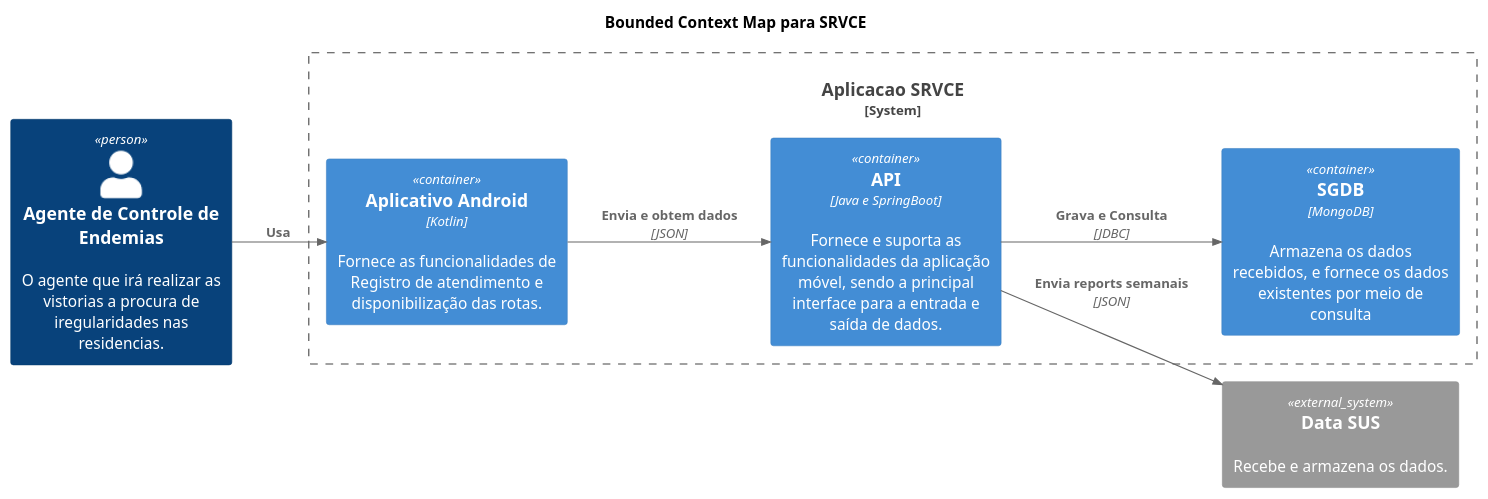
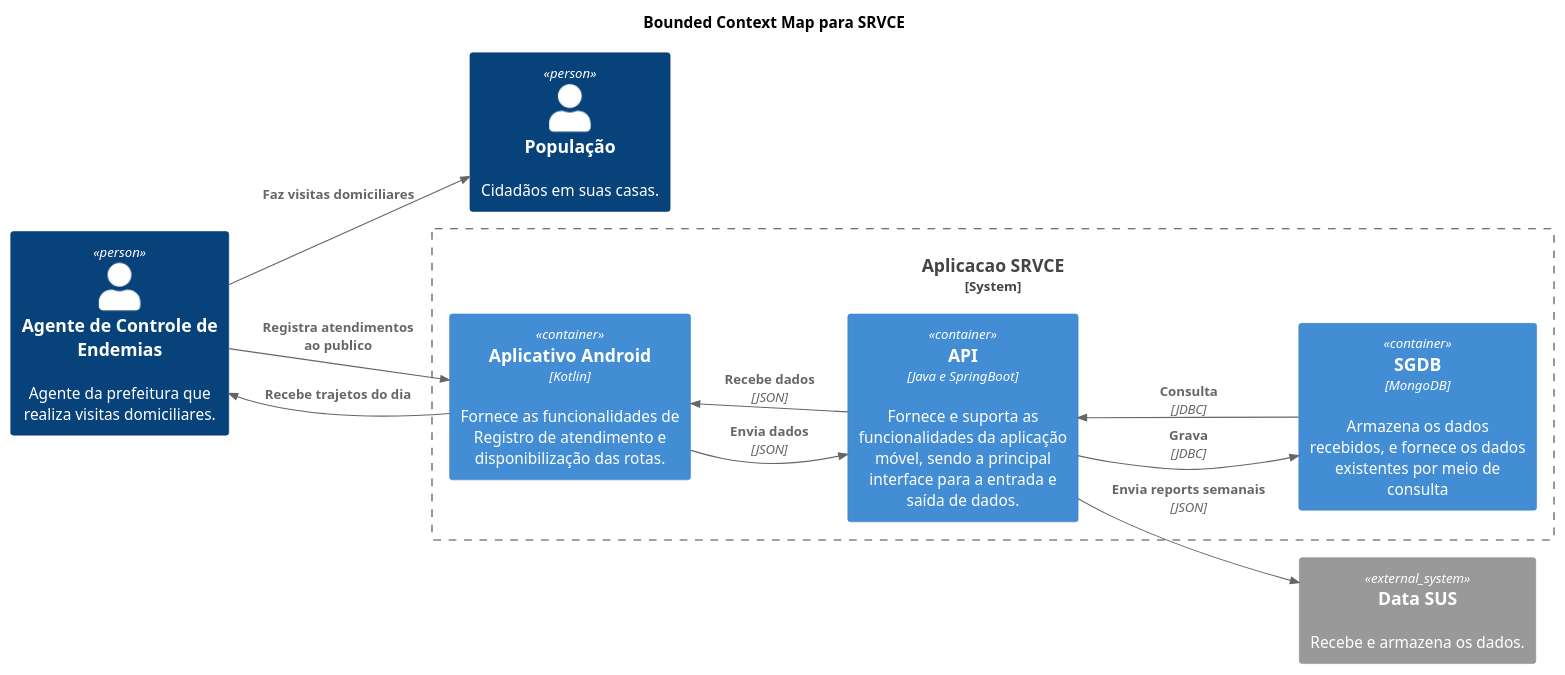
The diagram in TCC/SRVCE-PlantUML/src/1 SRVCE/bounded_context.puml (andredias20/MR-Disciplinas-TSI), drawn with PlantUML before and after one commit. The commit also changed 34 other files, not shown here.

```diff
--- a/TCC/SRVCE-PlantUML/src/1 SRVCE/bounded_context.puml
+++ b/TCC/SRVCE-PlantUML/src/1 SRVCE/bounded_context.puml
@@ -1,26 +1,32 @@
 @startuml
 !include https://raw.githubusercontent.com/adrianvlupu/C4-PlantUML/latest/C4_Container.puml
 
 LAYOUT_LEFT_RIGHT()
 
 title Bounded Context Map para SRVCE
 
-Person(ace, "Agente de Controle de Endemias", "O agente que irá realizar as vistorias a procura de iregularidades nas residencias.")
+Person(public, "População", "Cidadãos em suas casas.")
+Person(ace, "Agente de Controle de Endemias", "Agente da prefeitura que realiza visitas domiciliares.")
+Rel(ace, public, "Faz visitas domiciliares")
 
 System_Boundary(srvce, "Aplicacao SRVCE"){
     Container(aa, "Aplicativo Android", "Kotlin", "Fornece as funcionalidades de Registro de atendimento e disponibilização das rotas.")
 
     Container(api, "API", "Java e SpringBoot", "Fornece e suporta as funcionalidades da aplicação móvel, sendo a principal interface para a entrada e saída de dados.")
     
     Container(db, "SGDB", "MongoDB", "Armazena os dados recebidos, e fornece os dados existentes por meio de consulta")
 
-    Rel(aa, api, "Envia e obtem dados", "JSON")
-    Rel(api, db, "Grava e Consulta", "JDBC")
+    Rel(aa, api, "Envia dados", "JSON")
+    Rel(api, aa, "Recebe dados", "JSON")
+    Rel(api, db, "Grava", "JDBC")
+    Rel(db, api, "Consulta", "JDBC")
 
 }
 System_Ext(sus, "Data SUS", "Recebe e armazena os dados.")
 
-Rel(ace, aa, "Usa")
+Rel(ace, aa, "Registra atendimentos ao publico")
+Rel(aa,ace , "Recebe trajetos do dia")
+
 Rel(api, sus, "Envia reports semanais", "JSON")
 
 @enduml
```
